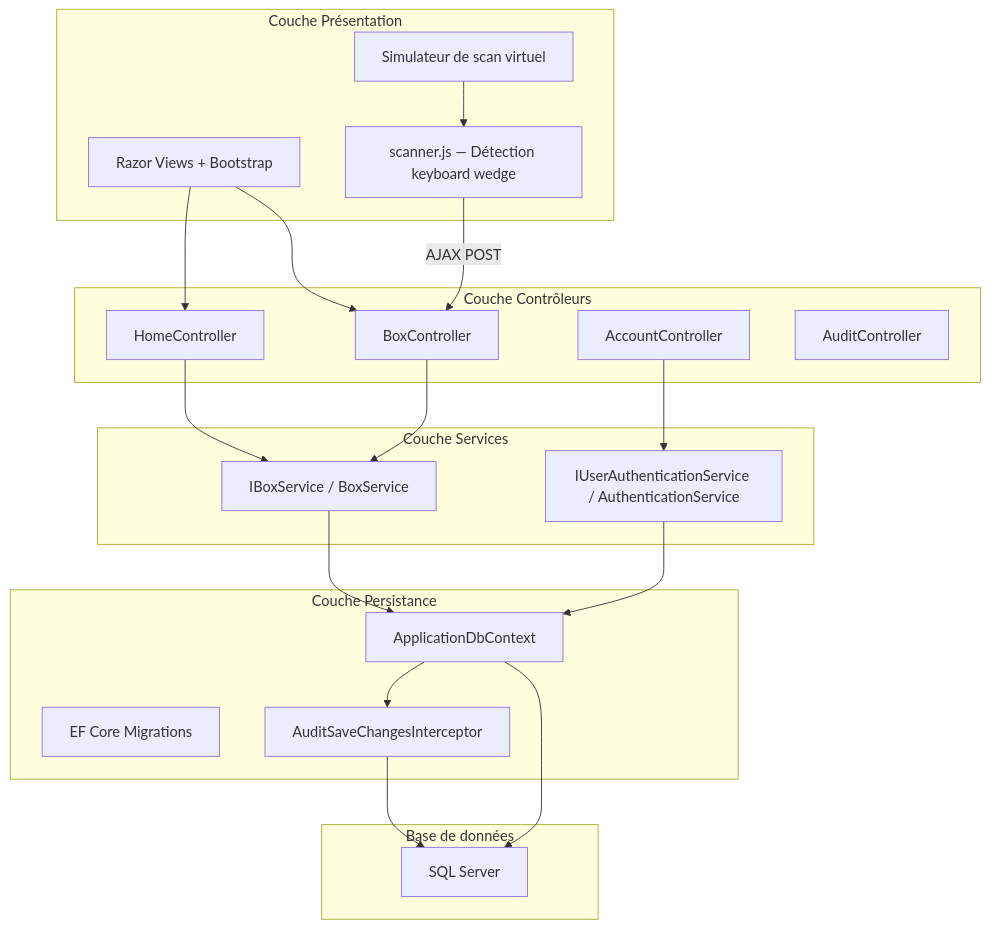
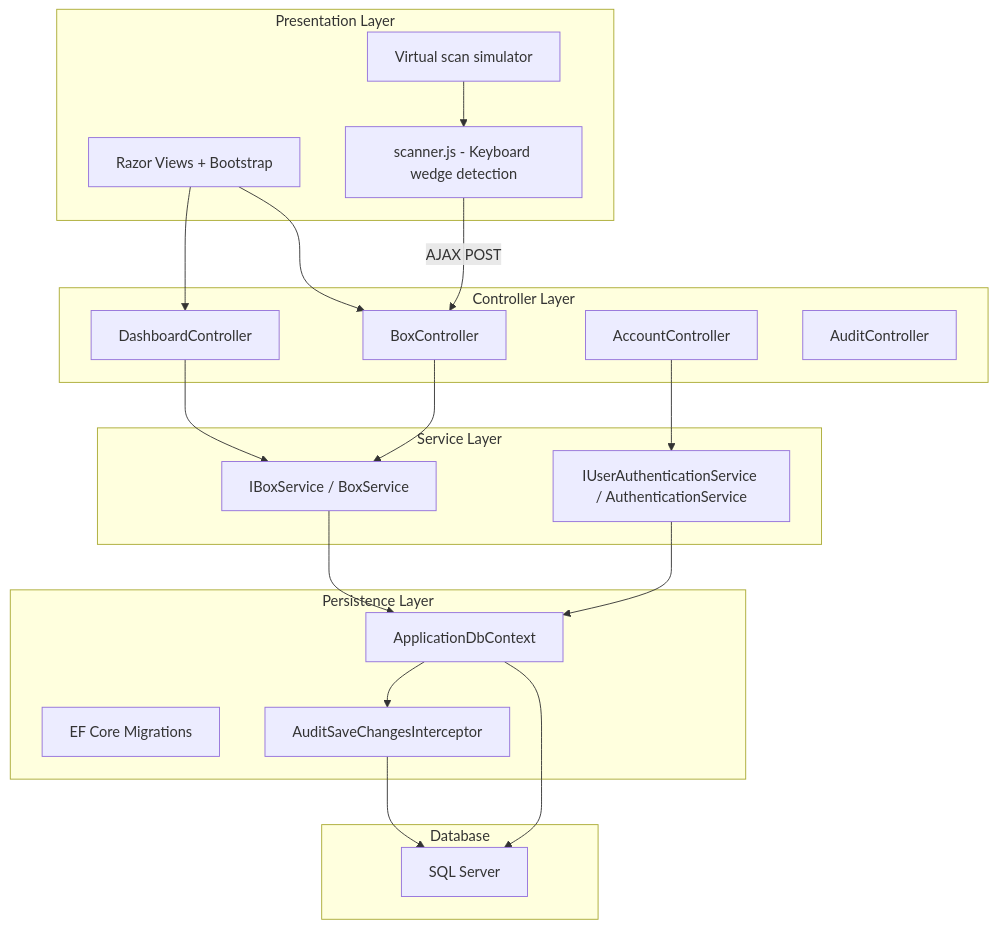
Before and after one commit to MEHDImp4/Motherson-Box-Management: the first of 3 diagrams in docs/ARCHITECTURE.md, drawn with Mermaid. The commit also changed other lines of this file and 92 other files, not shown here.

````diff
--- a/docs/ARCHITECTURE.md
+++ b/docs/ARCHITECTURE.md
@@ -16,43 +16,43 @@
 ```mermaid
 graph TD
-    subgraph "Couche Présentation"
+    subgraph "Presentation Layer"
         V[Razor Views + Bootstrap]
-        JS[scanner.js — Détection keyboard wedge]
-        SC[Simulateur de scan virtuel]
+        JS[scanner.js - Keyboard wedge detection]
+        SC[Virtual scan simulator]
     end
 
-    subgraph "Couche Contrôleurs"
-        HC[HomeController]
+    subgraph "Controller Layer"
+        DC[DashboardController]
         BC[BoxController]
         AC[AccountController]
         AUC[AuditController]
     end
 
-    subgraph "Couche Services"
+    subgraph "Service Layer"
         BS[IBoxService / BoxService]
         AS[IUserAuthenticationService / AuthenticationService]
     end
 
-    subgraph "Couche Persistance"
+    subgraph "Persistence Layer"
         DB[ApplicationDbContext]
         EF[EF Core Migrations]
         AIS[AuditSaveChangesInterceptor]
     end
 
-    subgraph "Base de données"
+    subgraph "Database"
         SQL[SQL Server]
     end
 
-    V --> HC
+    V --> DC
     V --> BC
     JS -->|AJAX POST| BC
     SC --> JS
-    HC --> BS
+    DC --> BS
     BC --> BS
     AC --> AS
     BS --> DB
     AS --> DB
     DB --> AIS
     AIS --> SQL
     DB --> SQL
 ```
````
